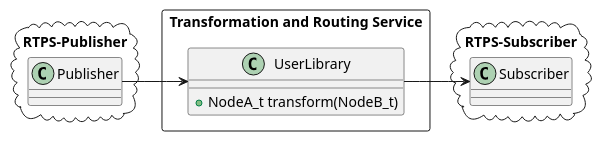
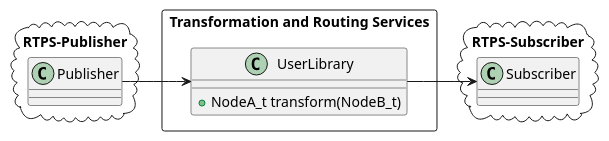
One commit to eProsima/Integration-Service-Deprecated changed the first of 2 diagrams in README.md. Above: the diagram before and after it, drawn with PlantUML. The commit also changed other lines of this file and 1 other file, not shown here.

Commit message:
Transformation and Routing Services

````diff
--- a/README.md
+++ b/README.md
@@ -110,23 +110,23 @@
 ```plantuml
 @startuml
 
 package "RTPS-Publisher" <<Cloud>> {
     class Publisher
 }
 
-package "Transformation and Routing Service" <<Rectangle>> {
+package "Transformation and Routing Services" <<Rectangle>> {
     class UserLibrary {
         +NodeA_t transform(NodeB_t)
     }
 }
 
 Publisher -right-> UserLibrary
 
 package "RTPS-Subscriber" <<Cloud>> {
     class Subscriber
 }
 
 UserLibrary -left-> Subscriber
 
 @enduml
 ```
````
